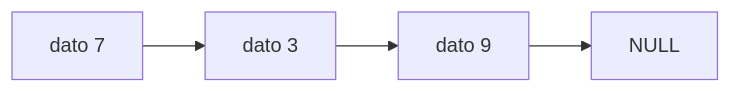
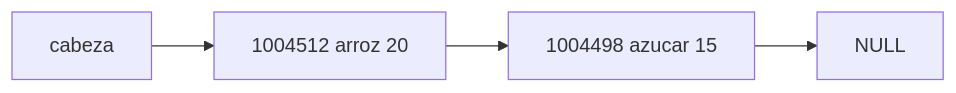
One commit to EjerciciosClasesCardel/estr-2026-2-proyecto changed the diagram in docs/informe-avance.md. Above: the diagram before and after it, drawn with Mermaid. The commit also changed other lines of this file, not shown here.

````diff
--- a/docs/informe-avance.md
+++ b/docs/informe-avance.md
@@ -34,4 +49,4 @@
 ```mermaid
 flowchart LR
-  n1["dato 7"] --> n2["dato 3"] --> n3["dato 9"] --> nil["NULL"]
+  cab["cabeza"] --> n1["1004512 arroz 20"] --> n2["1004498 azucar 15"] --> nil["NULL"]
 ```
````
